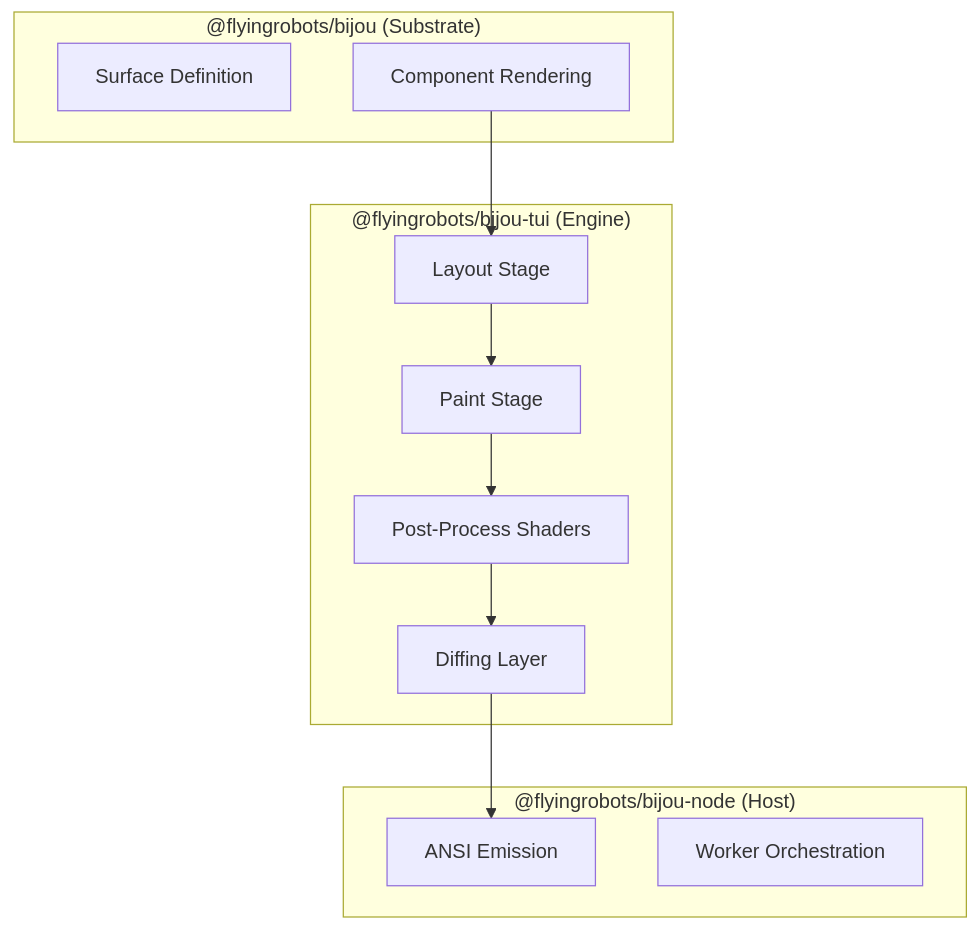
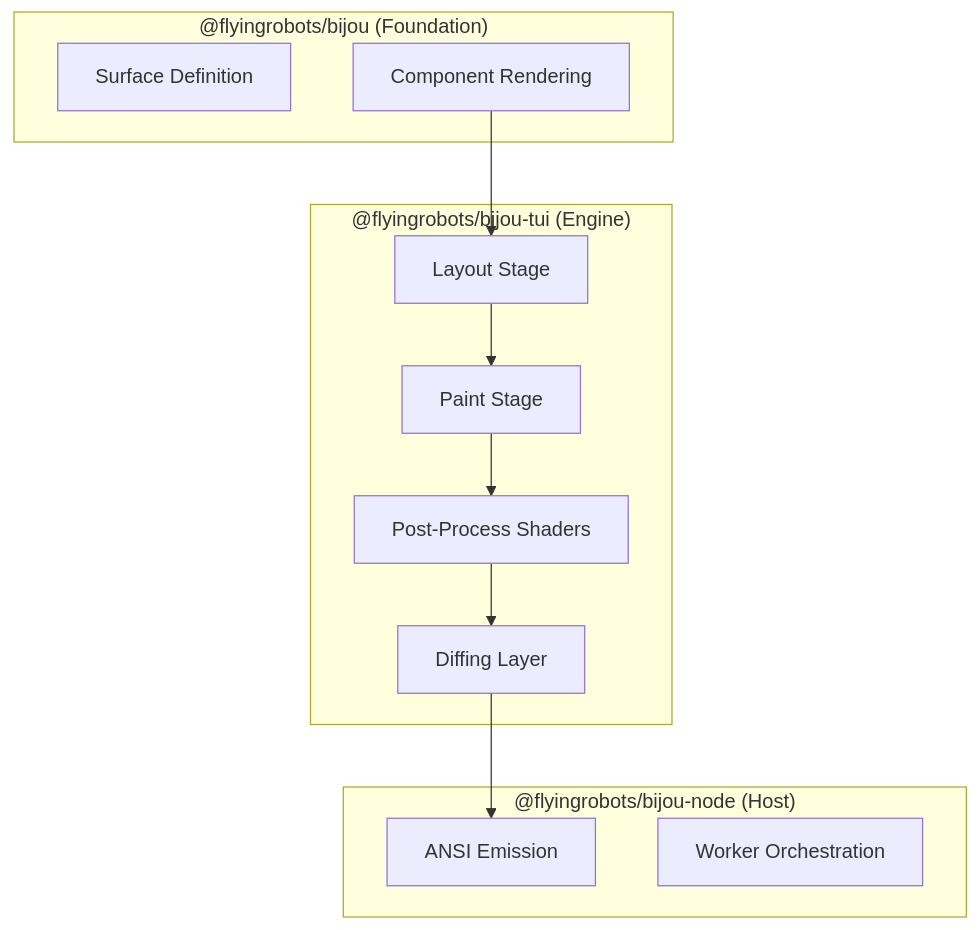
One commit to flyingrobots/bijou changed the diagram in ADVANCED_GUIDE.md. Above: the diagram before and after it, drawn with Mermaid. The commit also changed 11 other files, not shown here.

````diff
--- a/ADVANCED_GUIDE.md
+++ b/ADVANCED_GUIDE.md
@@ -5,23 +5,23 @@
 ```mermaid
 flowchart TD
-    subgraph Core["@flyingrobots/bijou (Substrate)"]
+    subgraph Core["@flyingrobots/bijou (Foundation)"]
         S1[Surface Definition]
         S2[Component Rendering]
     end
     subgraph TUI["@flyingrobots/bijou-tui (Engine)"]
         T1[Layout Stage]
         T2[Paint Stage]
         T3[Post-Process Shaders]
         T4[Diffing Layer]
     end
     subgraph Node["@flyingrobots/bijou-node (Host)"]
         N1[ANSI Emission]
         N2[Worker Orchestration]
     end
 
     S2 --> T1
     T1 --> T2
     T2 --> T3
     T3 --> T4
     T4 --> N1
 ```
````
